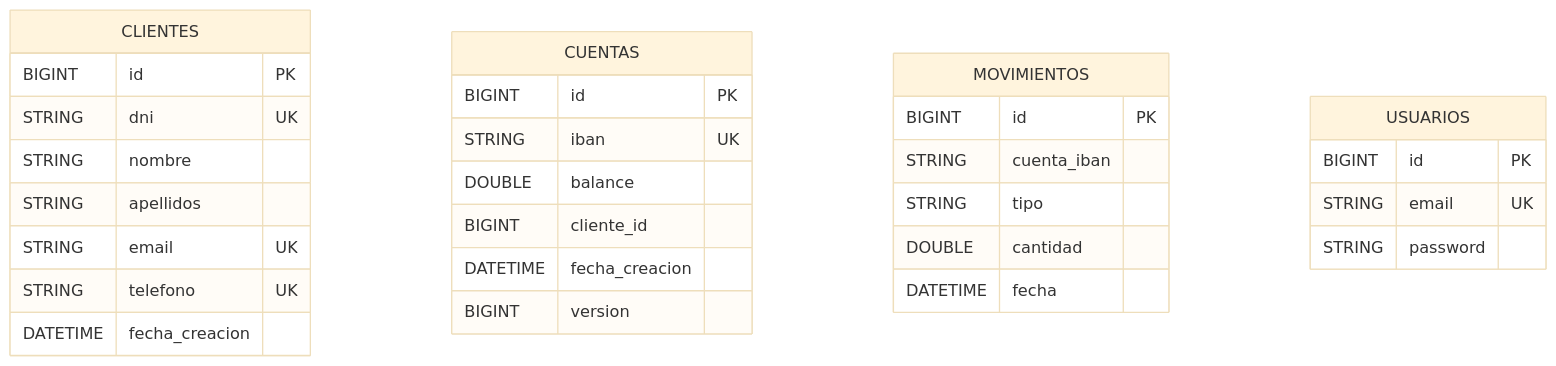
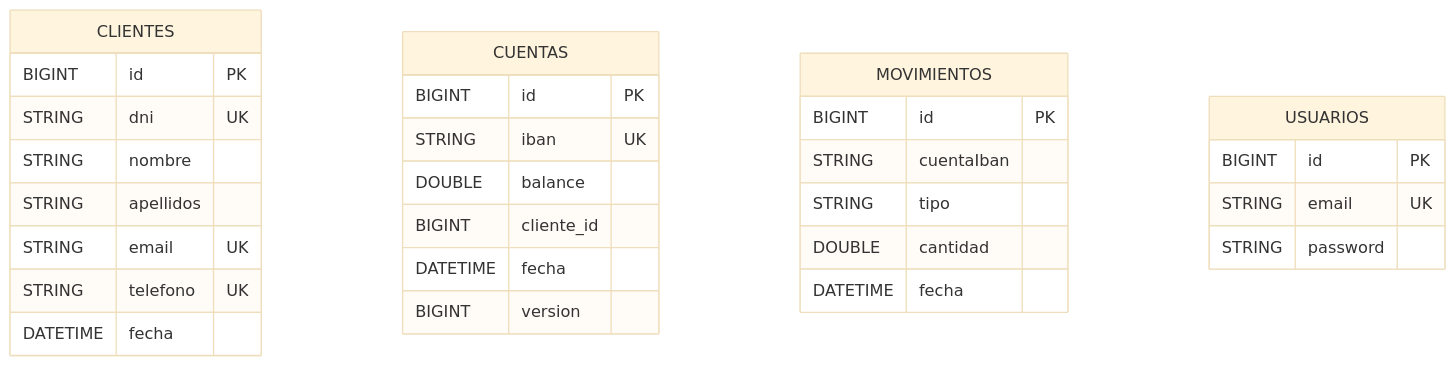
Before and after one commit to jlangon187/NovaBank: the fourth of 4 diagrams in README.md, drawn with Mermaid (base theme). The commit also changed 13 other files, not shown here.

````diff
--- a/README.md
+++ b/README.md
@@ -103,35 +103,35 @@
 ```mermaid
 erDiagram
     CLIENTES {
       BIGINT id PK
       STRING dni UK
       STRING nombre
       STRING apellidos
       STRING email UK
       STRING telefono UK
-      DATETIME fecha_creacion
+      DATETIME fecha
     }
 
     CUENTAS {
       BIGINT id PK
       STRING iban UK
       DOUBLE balance
       BIGINT cliente_id
-      DATETIME fecha_creacion
+      DATETIME fecha
       BIGINT version
     }
 
     MOVIMIENTOS {
       BIGINT id PK
-      STRING cuenta_iban
+      STRING cuentaIban
       STRING tipo
       DOUBLE cantidad
       DATETIME fecha
     }
 
     USUARIOS {
       BIGINT id PK
       STRING email UK
       STRING password
     }
 ```
````
